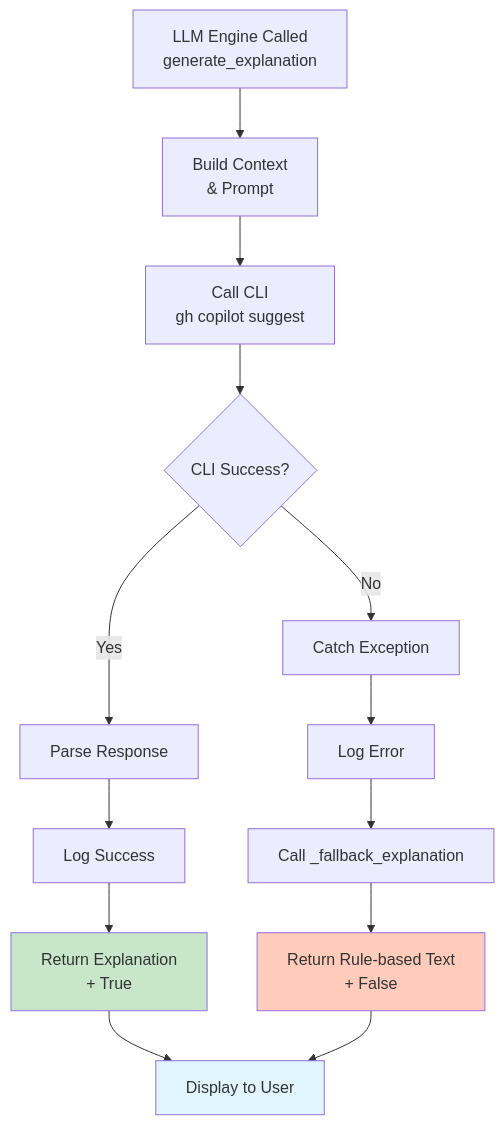
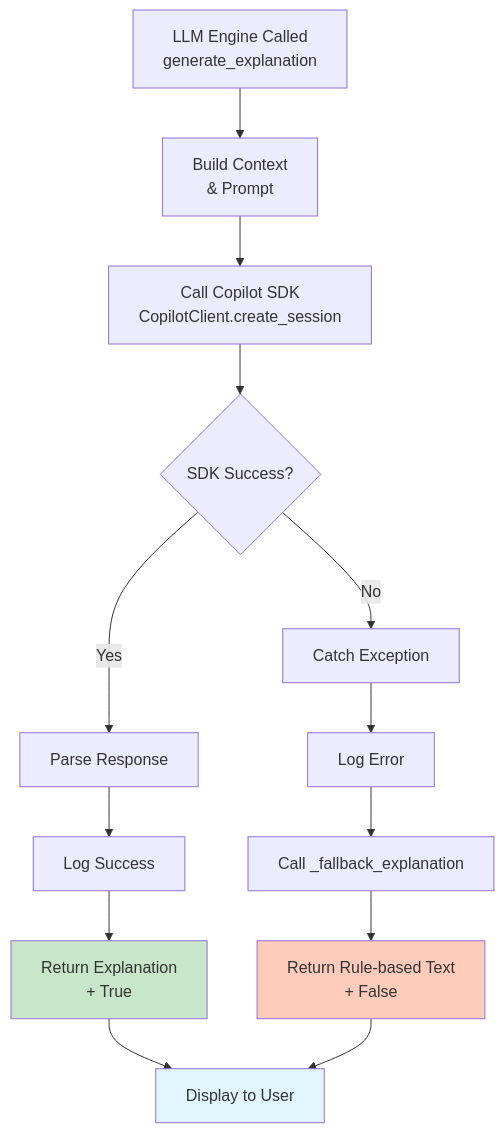
One commit to caldanayabur/applied-ai-system-project_v2 changed the diagram in README.md. Above: the diagram before and after it, drawn with Mermaid. The commit also changed other lines of this file and 3 other files, not shown here.

Commit message:
Refactor to use Copilot Python SDK approach (aligned with reference project)

````diff
--- a/README.md
+++ b/README.md
@@ -41,25 +41,25 @@
 ```mermaid
 graph TD
     A["LLM Engine Called<br/>generate_explanation"]
     
     A --> B["Build Context<br/>& Prompt"]
-    B --> C["Call CLI<br/>gh copilot suggest"]
+    B --> C["Call Copilot SDK<br/>CopilotClient.create_session"]
     
-    C --> D{CLI Success?}
+    C --> D{SDK Success?}
     
     D -->|Yes| E["Parse Response"]
     E --> F["Log Success"]
     F --> G["Return Explanation<br/>+ True"]
     
     D -->|No| H["Catch Exception"]
     H --> I["Log Error"]
     I --> J["Call _fallback_explanation"]
     J --> K["Return Rule-based Text<br/>+ False"]
     
     G --> L["Display to User"]
     K --> L
     
     style G fill:#c8e6c9
     style K fill:#ffccbc
     style L fill:#e1f5ff
 ```
````
